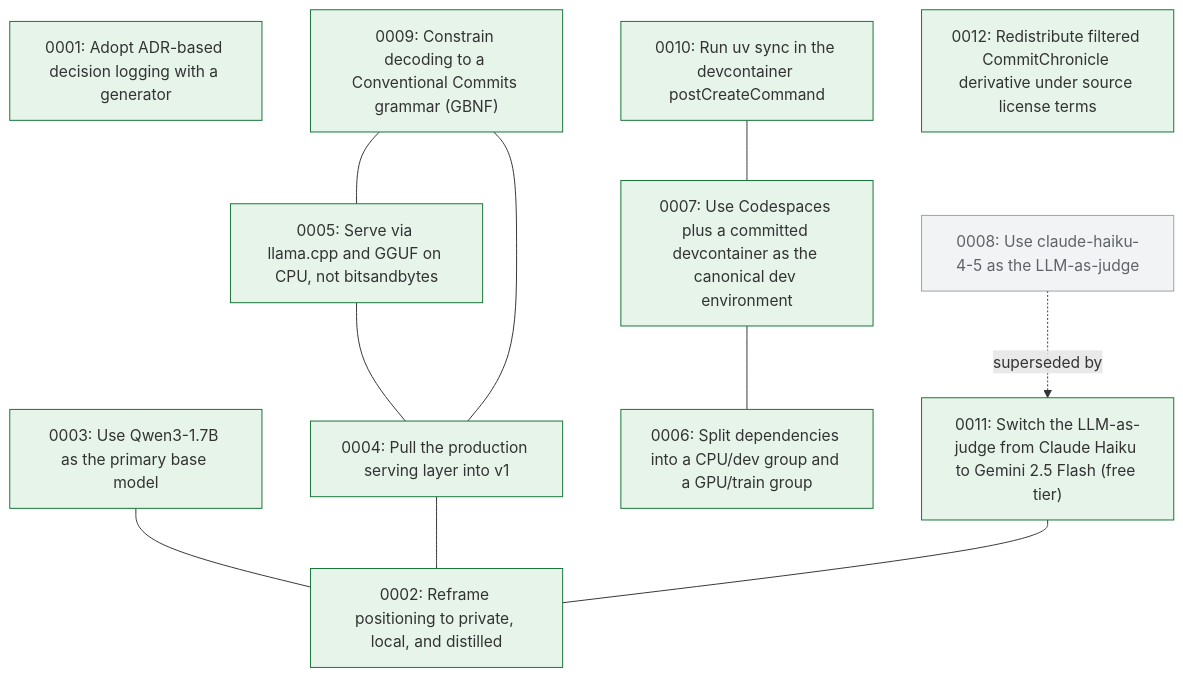
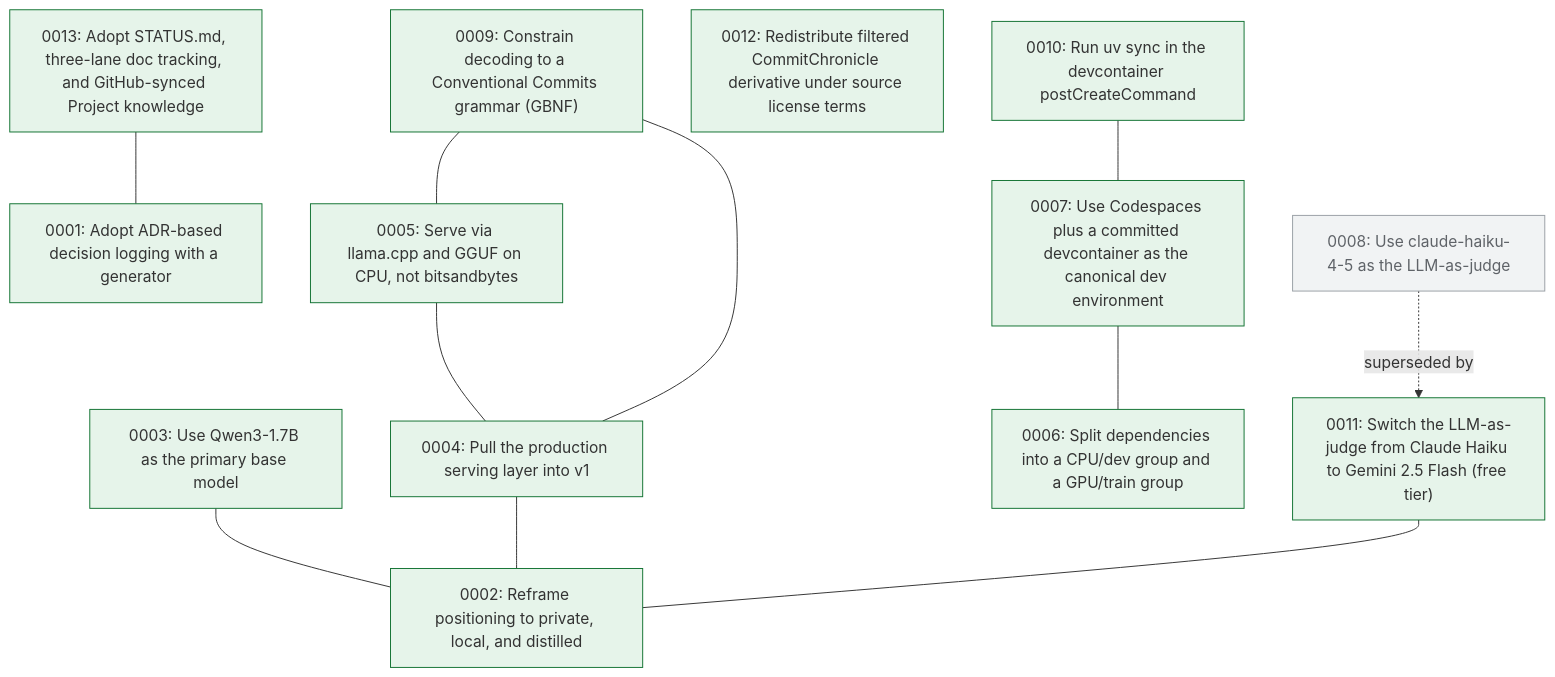
One commit to marzoukbaig14/Committed changed the diagram in docs/decision-tree.md. Above: the diagram before and after it, drawn with Mermaid. The commit also changed 3 other files, not shown here.

Commit message:
docs: adopt STATUS.md + three-lane tracking + GitHub sync (ADR 0013)

````diff
--- a/docs/decision-tree.md
+++ b/docs/decision-tree.md
@@ -5,28 +5,30 @@
 ```mermaid
 graph TD
   n0001["0001: Adopt ADR-based decision logging with a generator"]:::accepted
   n0002["0002: Reframe positioning to private, local, and distilled"]:::accepted
   n0003["0003: Use Qwen3-1.7B as the primary base model"]:::accepted
   n0004["0004: Pull the production serving layer into v1"]:::accepted
   n0005["0005: Serve via llama.cpp and GGUF on CPU, not bitsandbytes"]:::accepted
   n0006["0006: Split dependencies into a CPU/dev group and a GPU/train group"]:::accepted
   n0007["0007: Use Codespaces plus a committed devcontainer as the canonical dev environment"]:::accepted
   n0008["0008: Use claude-haiku-4-5 as the LLM-as-judge"]:::superseded
   n0009["0009: Constrain decoding to a Conventional Commits grammar (GBNF)"]:::accepted
   n0010["0010: Run uv sync in the devcontainer postCreateCommand"]:::accepted
   n0011["0011: Switch the LLM-as-judge from Claude Haiku to Gemini 2.5 Flash (free tier)"]:::accepted
   n0012["0012: Redistribute filtered CommitChronicle derivative under source license terms"]:::accepted
+  n0013["0013: Adopt STATUS.md, three-lane doc tracking, and GitHub-synced Project knowledge"]:::accepted
   n0003 --- n0002
   n0004 --- n0002
   n0005 --- n0004
   n0007 --- n0006
   n0009 --- n0004
   n0009 --- n0005
   n0010 --- n0007
   n0008 -. superseded by .-> n0011
   n0011 --- n0002
+  n0013 --- n0001
   classDef proposed fill:#fff7e6,stroke:#d4a017;
   classDef accepted fill:#e6f4ea,stroke:#137333;
   classDef superseded fill:#f1f3f4,stroke:#9aa0a6,color:#5f6368;
   classDef deprecated fill:#fce8e6,stroke:#c5221f,color:#5f6368;
 ```
````
